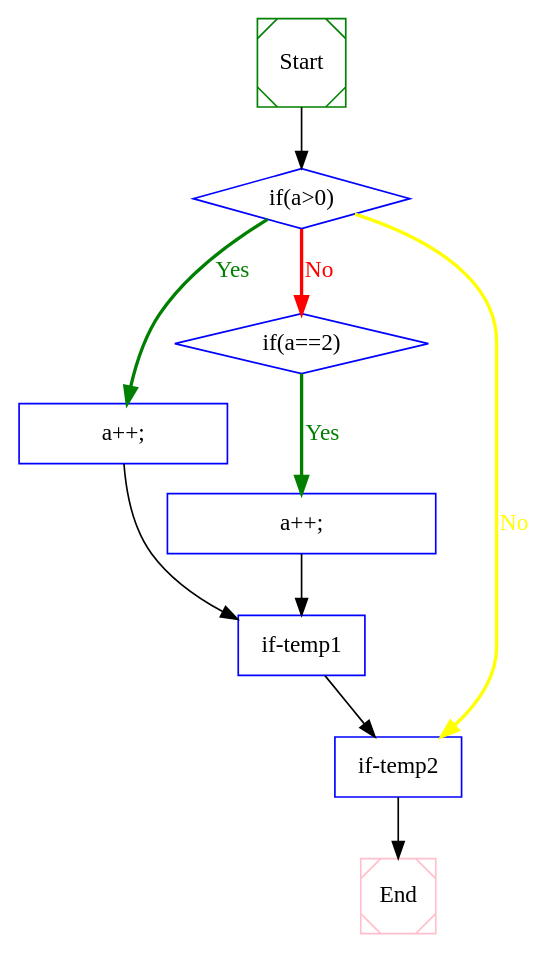
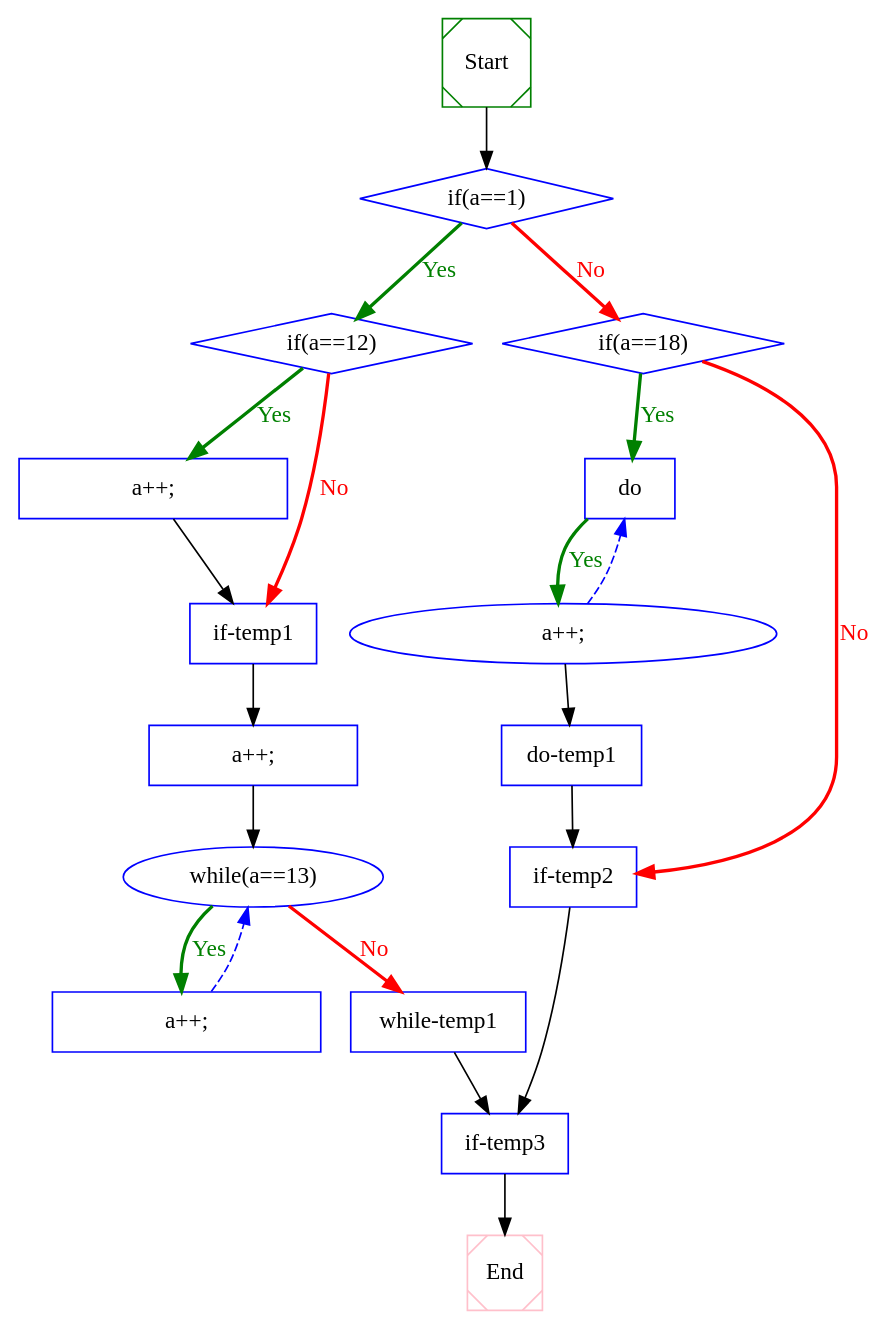
The diagram in out/test.dot (Naplues/Static-Analysis), drawn with Graphviz before and after one commit. The commit also changed 6 other files, not shown here.

```diff
--- a/out/test.dot
+++ b/out/test.dot
@@ -1,27 +1,54 @@
 digraph CFG {
  1  [shape = Msquare, color = green, label = "Start", ]
- 2  [shape = diamond, color = blue, label = "if(a>0) ", ]
- 3  [shape = box, color = blue, label = "		a++;", ]
- 4  [shape = diamond, color = blue, label = "if(a==2) ", ]
- 5  [shape = box, color = blue, label = "			a++;", ]
- 6  [shape = box, color = blue, label = "if-temp1", ]
- 7  [shape = box, color = blue, label = "if-temp2", ]
- 8  [shape = Msquare, color = pink, label = "End", ]
+ 2  [shape = diamond, color = blue, label = "if(a==1) ", ]
+ 3  [shape = diamond, color = blue, label = "if(a==12) ", ]
+ 4  [shape = box, color = blue, label = "			a++;", ]
+ 5  [shape = box, color = blue, label = "if-temp1", ]
+ 6  [shape = box, color = blue, label = "		a++;", ]
+ 7  [shape = ellipse, color = blue, label = "while(a==13) ", ]
+ 8  [shape = box, color = blue, label = "			a++;", ]
+ 9  [shape = box, color = blue, label = "while-temp1", ]
+ 10  [shape = diamond, color = blue, label = "if(a==18) ", ]
+ 11  [shape = box, color = blue, label = "do ", ]
+ 12  [shape = ellipse, color = blue, label = "				a++;", ]
+ 13  [shape = box, color = blue, label = "do-temp1", ]
+ 14  [shape = box, color = blue, label = "if-temp2", ]
+ 15  [shape = box, color = blue, label = "if-temp3", ]
+ 16  [shape = Msquare, color = pink, label = "End", ]
  1  ->  2  [style = solid, label="", fillcolor = black, color = black, fontcolor = black]
 
- 2  ->  7  [style = bold, label="No", fillcolor = yellow, color = yellow, fontcolor = yellow]
- 2  ->  4  [style = bold, label="No", fillcolor = red, color = red, fontcolor = red]
+ 2  ->  10  [style = bold, label="No", fillcolor = red, color = red, fontcolor = red]
  2  ->  3  [style = bold, label="Yes", fillcolor = green, color = green, fontcolor = green]
 
- 3  ->  6  [style = solid, label="", fillcolor = black, color = black, fontcolor = black]
+ 3  ->  5  [style = bold, label="No", fillcolor = red, color = red, fontcolor = red]
+ 3  ->  4  [style = bold, label="Yes", fillcolor = green, color = green, fontcolor = green]
 
- 4  ->  5  [style = bold, label="Yes", fillcolor = green, color = green, fontcolor = green]
+ 4  ->  5  [style = solid, label="", fillcolor = black, color = black, fontcolor = black]
 
  5  ->  6  [style = solid, label="", fillcolor = black, color = black, fontcolor = black]
 
  6  ->  7  [style = solid, label="", fillcolor = black, color = black, fontcolor = black]
 
- 7  ->  8  [style = solid, label="", fillcolor = black, color = black, fontcolor = black]
+ 7  ->  9  [style = bold, label="No", fillcolor = red, color = red, fontcolor = red]
+ 7  ->  8  [style = bold, label="Yes", fillcolor = green, color = green, fontcolor = green]
+
+ 8  ->  7  [style = dashed, label="", fillcolor = blue, color = blue, fontcolor = blue]
+
+ 9  ->  15  [style = solid, label="", fillcolor = black, color = black, fontcolor = black]
+
+ 10  ->  14  [style = bold, label="No", fillcolor = red, color = red, fontcolor = red]
+ 10  ->  11  [style = bold, label="Yes", fillcolor = green, color = green, fontcolor = green]
+
+ 11  ->  12  [style = bold, label="Yes", fillcolor = green, color = green, fontcolor = green]
+
+ 12  ->  11  [style = dashed, label="", fillcolor = blue, color = blue, fontcolor = blue]
+ 12  ->  13  [style = solid, label="", fillcolor = black, color = black, fontcolor = black]
+
+ 13  ->  14  [style = solid, label="", fillcolor = black, color = black, fontcolor = black]
+
+ 14  ->  15  [style = solid, label="", fillcolor = black, color = black, fontcolor = black]
+
+ 15  ->  16  [style = solid, label="", fillcolor = black, color = black, fontcolor = black]
 
 
 }
```
